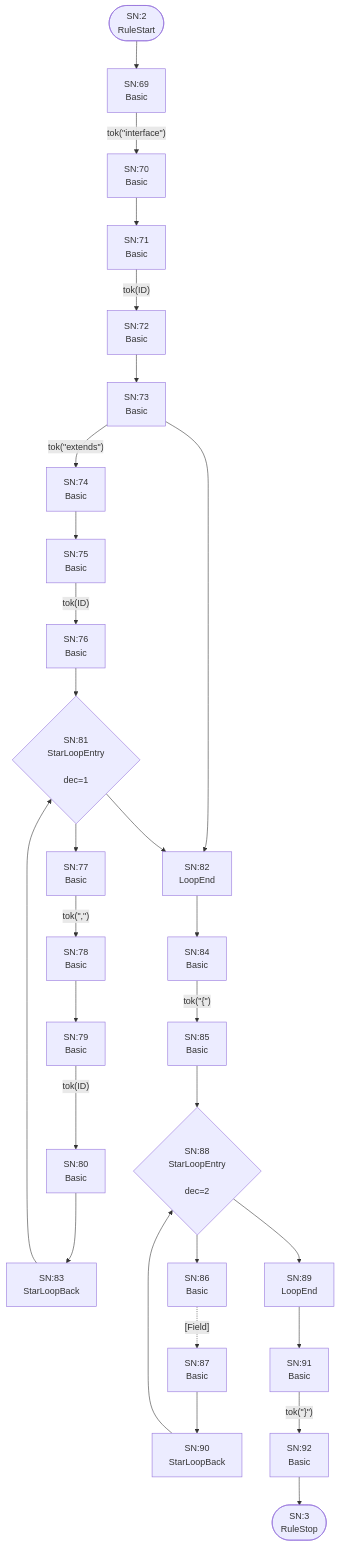
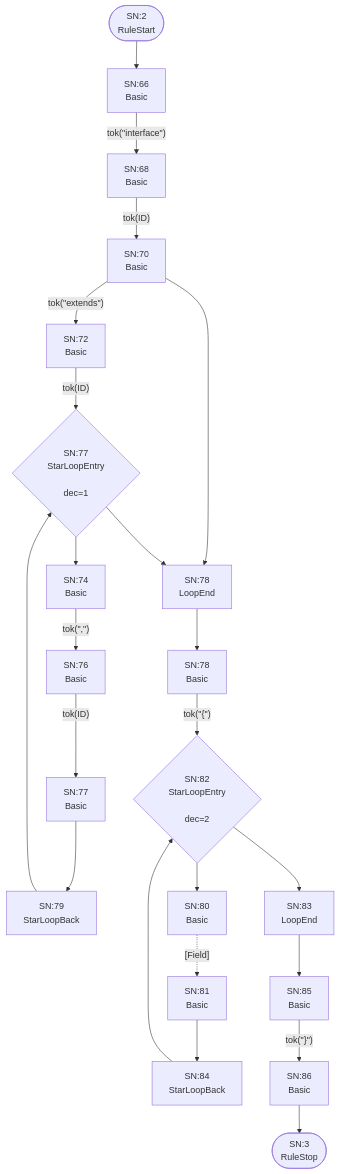
One commit to TypeFox/fastbelt changed the second of 25 diagrams in internal/grammar/atn.md. Above: the diagram before and after it, drawn with Mermaid. The commit also changed other lines of this file and 4 other files, not shown here.

````diff
--- a/internal/grammar/atn.md
+++ b/internal/grammar/atn.md
@@ -57,58 +51,46 @@
 ```mermaid
 flowchart TD
     q2(["SN:2<br/>RuleStart"])
     q3(["SN:3<br/>RuleStop"])
-    q69["SN:69<br/>Basic<br/>"]
-    q70["SN:70<br/>Basic<br/>"]
-    q71["SN:71<br/>Basic<br/>"]
-    q72["SN:72<br/>Basic<br/>"]
-    q73["SN:73<br/>Basic<br/>"]
-    q74["SN:74<br/>Basic<br/>"]
-    q75["SN:75<br/>Basic<br/>"]
-    q76["SN:76<br/>Basic<br/>"]
-    q77["SN:77<br/>Basic<br/>"]
-    q78["SN:78<br/>Basic<br/>"]
-    q79["SN:79<br/>Basic<br/>"]
-    q80["SN:80<br/>Basic<br/>"]
-    q81{"SN:81<br/>StarLoopEntry<br/><br/>dec=1"}
-    q82["SN:82<br/>LoopEnd<br/>"]
-    q83["SN:83<br/>StarLoopBack<br/>"]
-    q84["SN:84<br/>Basic<br/>"]
-    q85["SN:85<br/>Basic<br/>"]
-    q86["SN:86<br/>Basic<br/>"]
-    q87["SN:87<br/>Basic<br/>"]
-    q88{"SN:88<br/>StarLoopEntry<br/><br/>dec=2"}
-    q89["SN:89<br/>LoopEnd<br/>"]
-    q90["SN:90<br/>StarLoopBack<br/>"]
-    q91["SN:91<br/>Basic<br/>"]
-    q92["SN:92<br/>Basic<br/>"]
+    q66["SN:66<br/>Basic<br/>"]
+    q67["SN:68<br/>Basic<br/>"]
+    q68["SN:70<br/>Basic<br/>"]
+    q69["SN:72<br/>Basic<br/>"]
+    q70["SN:74<br/>Basic<br/>"]
+    q71["SN:76<br/>Basic<br/>"]
+    q72["SN:77<br/>Basic<br/>"]
+    q73{"SN:77<br/>StarLoopEntry<br/><br/>dec=1"}
+    q74["SN:78<br/>LoopEnd<br/>"]
+    q75["SN:79<br/>StarLoopBack<br/>"]
+    q76["SN:78<br/>Basic<br/>"]
+    q77["SN:80<br/>Basic<br/>"]
+    q78["SN:81<br/>Basic<br/>"]
+    q79{"SN:82<br/>StarLoopEntry<br/><br/>dec=2"}
+    q80["SN:83<br/>LoopEnd<br/>"]
+    q81["SN:84<br/>StarLoopBack<br/>"]
+    q82["SN:85<br/>Basic<br/>"]
+    q83["SN:86<br/>Basic<br/>"]
 
-    q2 --> q69
-    q69 -->|"tok(&quot;interface&quot;)"| q70
-    q70 --> q71
+    q2 --> q66
+    q66 -->|"tok(&quot;interface&quot;)"| q67
+    q67 -->|"tok(ID)"| q68
+    q68 -->|"tok(&quot;extends&quot;)"| q69
+    q68 --> q74
+    q69 -->|"tok(ID)"| q73
+    q70 -->|"tok(&quot;,&quot;)"| q71
     q71 -->|"tok(ID)"| q72
-    q72 --> q73
-    q73 -->|"tok(&quot;extends&quot;)"| q74
-    q73 --> q82
-    q74 --> q75
-    q75 -->|"tok(ID)"| q76
-    q76 --> q81
-    q77 -->|"tok(&quot;,&quot;)"| q78
-    q78 --> q79
-    q79 -->|"tok(ID)"| q80
-    q80 --> q83
-    q81 --> q77
-    q81 --> q82
-    q82 --> q84
-    q83 --> q81
-    q84 -->|"tok(&quot;{&quot;)"| q85
-    q85 --> q88
-    q86 -.->|"[Field]"| q87
-    q87 --> q90
-    q88 --> q86
-    q88 --> q89
-    q89 --> q91
-    q90 --> q88
-    q91 -->|"tok(&quot;}&quot;)"| q92
-    q92 --> q3
+    q72 --> q75
+    q73 --> q70
+    q73 --> q74
+    q74 --> q76
+    q75 --> q73
+    q76 -->|"tok(&quot;{&quot;)"| q79
+    q77 -.->|"[Field]"| q78
+    q78 --> q81
+    q79 --> q77
+    q79 --> q80
+    q80 --> q82
+    q81 --> q79
+    q82 -->|"tok(&quot;}&quot;)"| q83
+    q83 --> q3
 ```
````
